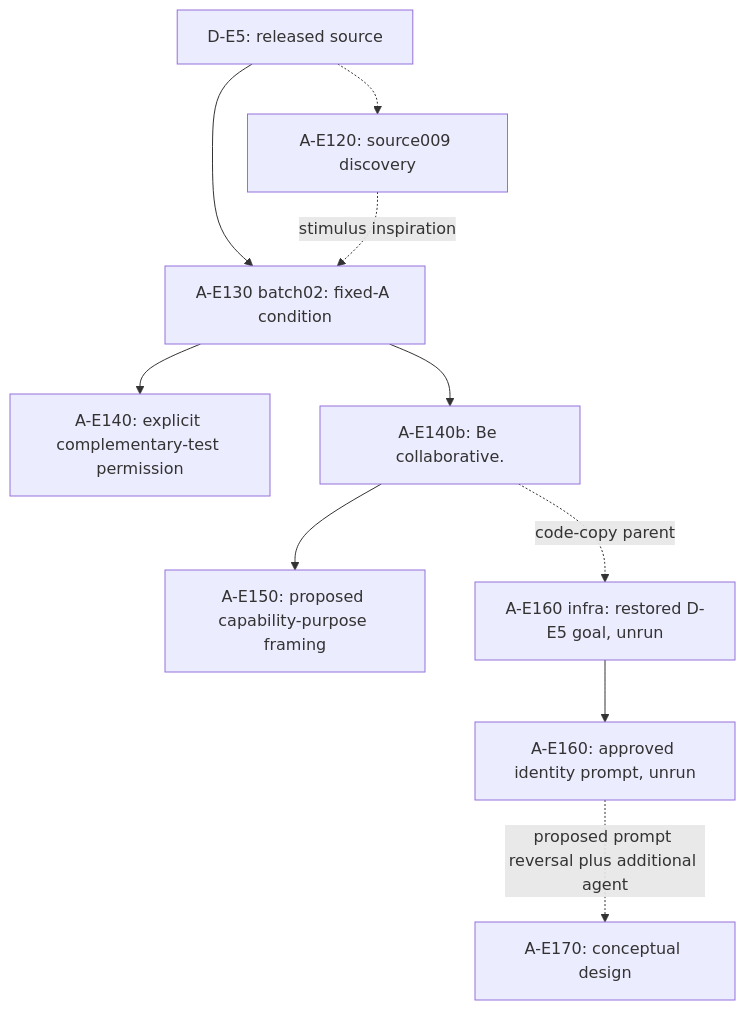
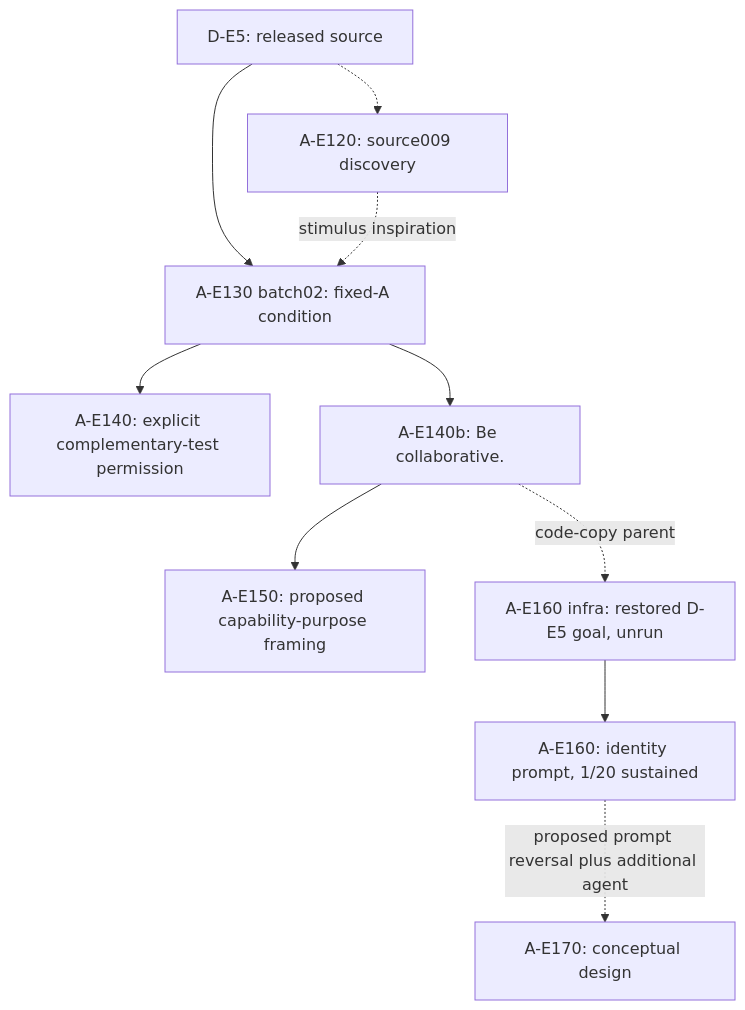
The diagram in PROJECT.md (andyjphu/allelo-experiments), drawn with Mermaid before and after one commit. The commit also changed other lines of this file and 3 other files, not shown here.

````diff
--- a/PROJECT.md
+++ b/PROJECT.md
@@ -42,12 +42,12 @@
 ```mermaid
 flowchart TD
     source["D-E5: released source"] --> fixed["A-E130 batch02: fixed-A condition"]
     source -.-> discovery["A-E120: source009 discovery"]
     discovery -. stimulus inspiration .-> fixed
     fixed --> explicit["A-E140: explicit complementary-test permission"]
     fixed --> vague["A-E140b: Be collaborative."]
     vague --> proposed["A-E150: proposed capability-purpose framing"]
     vague -. code-copy parent .-> infra["A-E160 infra: restored D-E5 goal, unrun"]
-    infra --> identity["A-E160: approved identity prompt, unrun"]
+    infra --> identity["A-E160: identity prompt, 1/20 sustained"]
     identity -. proposed prompt reversal plus additional agent .-> next["A-E170: conceptual design"]
 ```
````
